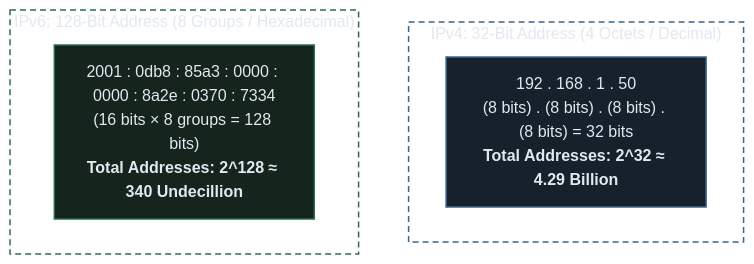
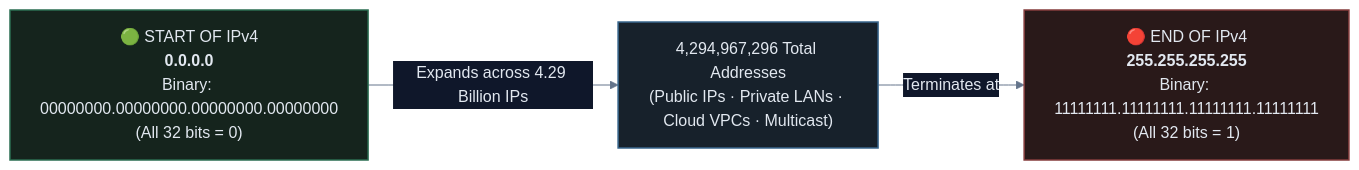
The fourth of 9 diagrams in 01-intro/05-networking-basics.md (heinhtetzan/k8s-in-production), drawn with Mermaid before and after one commit. The commit also changed other lines of this file, not shown here.

Commit message:
docs: remove IPv6 from 05 and add comprehensive IPv4 start, end, and octet spectrum guide

````diff
--- a/01-intro/05-networking-basics.md
+++ b/01-intro/05-networking-basics.md
@@ -147,32 +202,31 @@
 ```mermaid
 %%{init: {
   'theme': 'base',
   'themeVariables': {
     'darkMode': true,
     'background': '#0f172a',
     'primaryColor': '#1e293b',
     'primaryTextColor': '#e2e8f0',
     'primaryBorderColor': '#475569',
     'lineColor': '#64748b',
-    'textColor': '#e2e8f0'
+    'textColor': '#e2e8f0',
+    'edgeLabelBackground': '#0f172a'
   },
   'themeCSS': '* { filter: none !important; box-shadow: none !important; } .node * { filter: none !important; } .cluster * { filter: none !important; }'
 }}%%
-graph TD
-    subgraph IPv4["IPv4: 32-Bit Address (4 Octets / Decimal)"]
-        v4["192 . 168 . 1 . 50<br/>(8 bits) . (8 bits) . (8 bits) . (8 bits) = 32 bits<br/><b>Total Addresses: 2^32 ≈ 4.29 Billion</b>"]
-    end
+graph LR
+    StartNode["🟢 START OF IPv4<br/><b>0.0.0.0</b><br/>Binary: 00000000.00000000.00000000.00000000<br/>(All 32 bits = 0)"]
+    Spectrum["4,294,967,296 Total Addresses<br/>(Public IPs · Private LANs · Cloud VPCs · Multicast)"]
+    EndNode["🔴 END OF IPv4<br/><b>255.255.255.255</b><br/>Binary: 11111111.11111111.11111111.11111111<br/>(All 32 bits = 1)"]
 
-    subgraph IPv6["IPv6: 128-Bit Address (8 Groups / Hexadecimal)"]
-        v6["2001 : 0db8 : 85a3 : 0000 : 0000 : 8a2e : 0370 : 7334<br/>(16 bits × 8 groups = 128 bits)<br/><b>Total Addresses: 2^128 ≈ 340 Undecillion</b>"]
-    end
+    StartNode -->|"Expands across 4.29 Billion IPs"| Spectrum
+    Spectrum -->|"Terminates at"| EndNode
 
-    style IPv4 fill:none,stroke:#38668c,stroke-width:1.5px,stroke-dasharray: 6 4,color:#e2e8f0;
-    style IPv6 fill:none,stroke:#2b6d51,stroke-width:1.5px,stroke-dasharray: 6 4,color:#e2e8f0;
+    classDef cStart fill:#15241d,stroke:#2b6d51,stroke-width:1.5px,color:#e2e8f0;
+    classDef cMid fill:#17212b,stroke:#38668c,stroke-width:1.5px,color:#e2e8f0;
+    classDef cEnd fill:#291919,stroke:#853d3d,stroke-width:1.5px,color:#e2e8f0;
 
-    classDef c1 fill:#17212b,stroke:#38668c,stroke-width:1.5px,color:#e2e8f0;
-    classDef c2 fill:#15241d,stroke:#2b6d51,stroke-width:1.5px,color:#e2e8f0;
-
-    class v4 c1;
-    class v6 c2;
+    class StartNode cStart;
+    class Spectrum cMid;
+    class EndNode cEnd;
 ```
````
